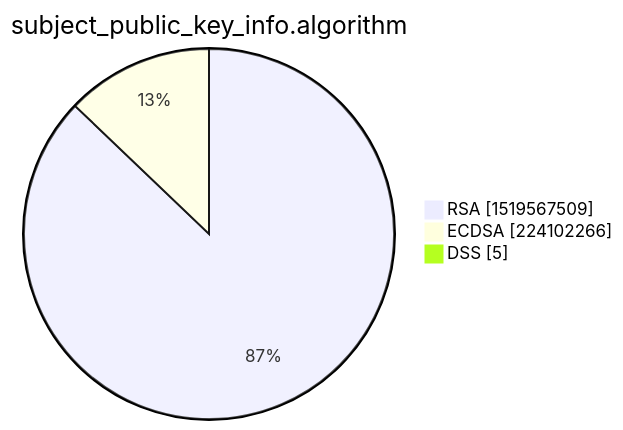
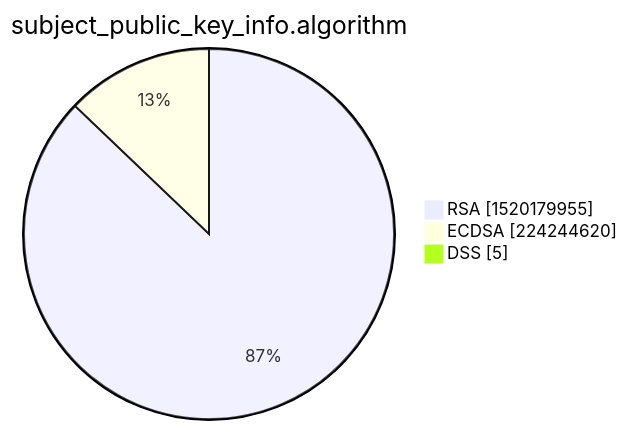
One commit to christiankrug/ctmonitor_visualization changed the third of 15 diagrams in xenon2022/README.md. Above: the diagram before and after it, drawn with Mermaid. The commit also changed other lines of this file, not shown here.

````diff
--- a/xenon2022/README.md
+++ b/xenon2022/README.md
@@ -14,7 +14,7 @@
 ```mermaid
 pie showData
 title subject_public_key_info.algorithm
-"RSA" :1519567509
-"ECDSA" :224102266
+"RSA" :1520179955
+"ECDSA" :224244620
 "DSS" :5
 ```
````
